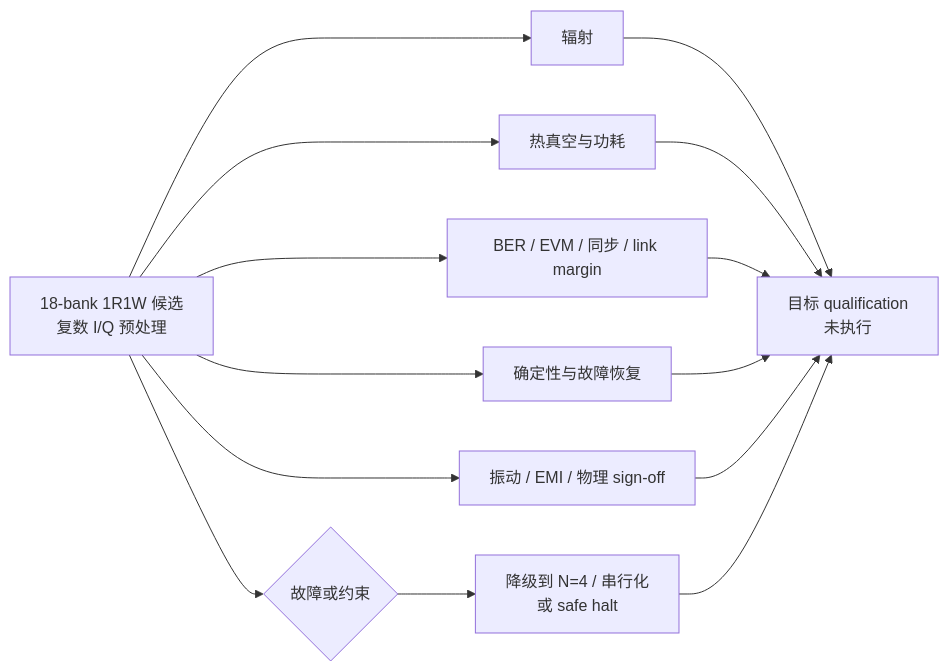
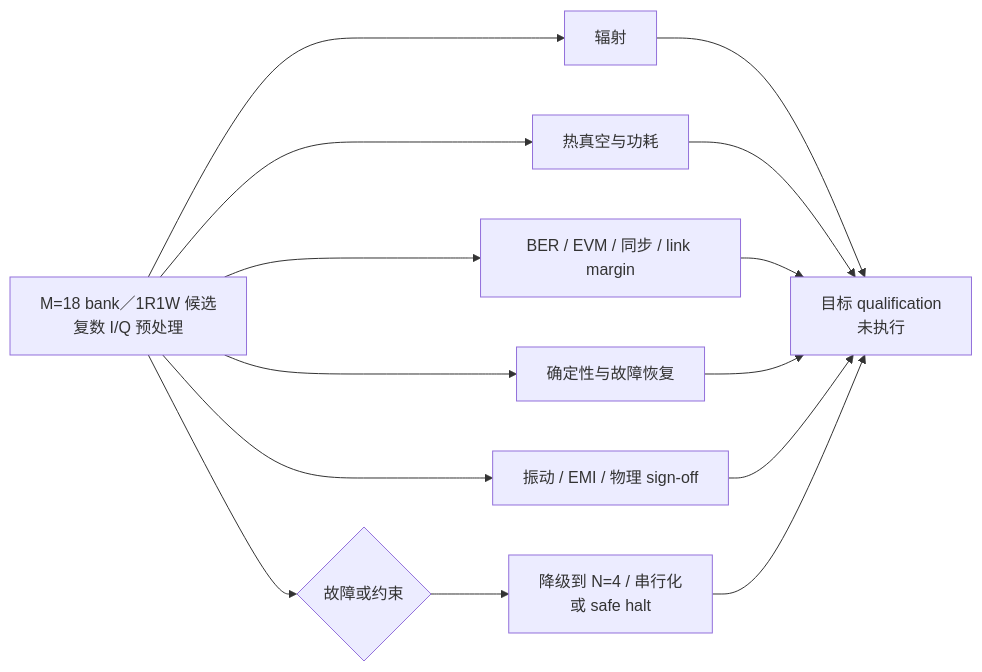
One commit to HN19781124/banked-stencil-multicast changed the second of 2 diagrams in README.zh-Hans.md. Above: the diagram before and after it, drawn with Mermaid. The commit also changed other lines of this file and 36 other files, not shown here.

```diff
--- a/README.zh-Hans.md
+++ b/README.zh-Hans.md
@@ -76,16 +76,16 @@
 ~~~mermaid
 flowchart LR
-    C[18-bank 1R1W 候选<br/>复数 I/Q 预处理] --> R[辐射]
+    C[M=18 bank／1R1W 候选<br/>复数 I/Q 预处理] --> R[辐射]
     C --> T[热真空与功耗]
     C --> L[BER / EVM / 同步 / link margin]
     C --> D[确定性与故障恢复]
     C --> P[振动 / EMI / 物理 sign-off]
     C --> F{故障或约束}
     F --> B[降级到 N=4 / 串行化<br/>或 safe halt]
     R --> Q[目标 qualification<br/>未执行]
     T --> Q
     L --> Q
     D --> Q
     P --> Q
     B --> Q
 ~~~
```
